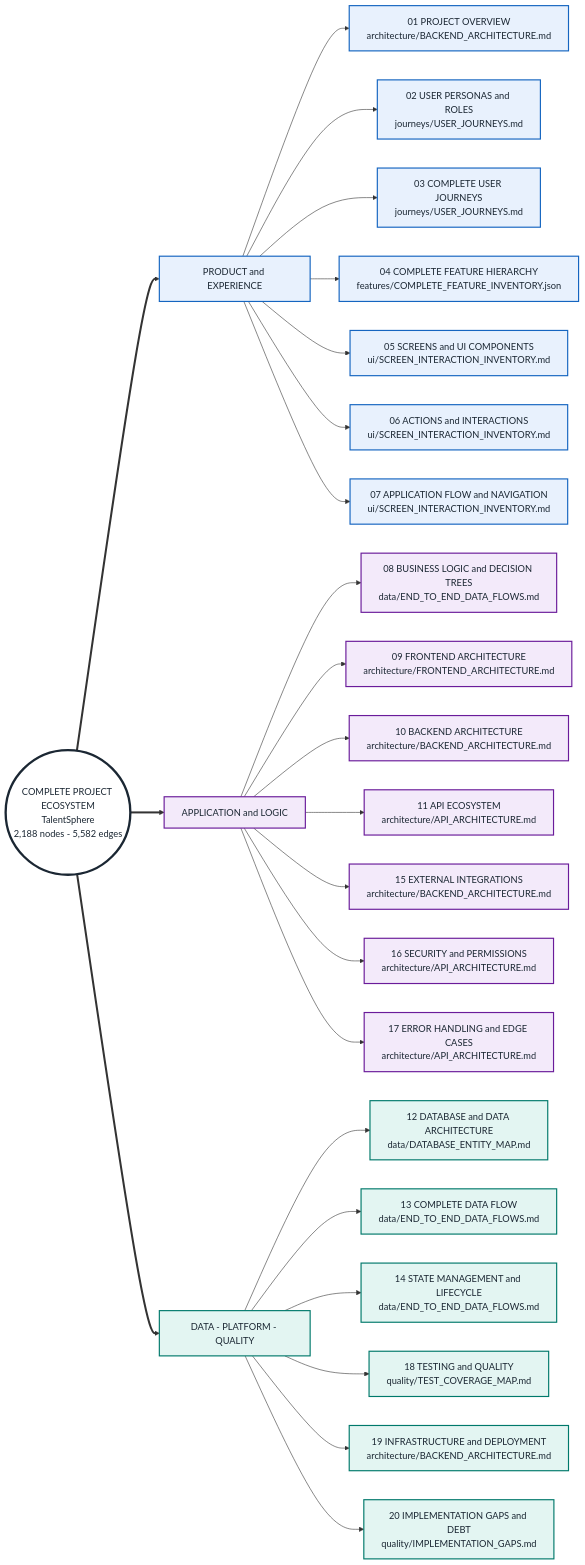
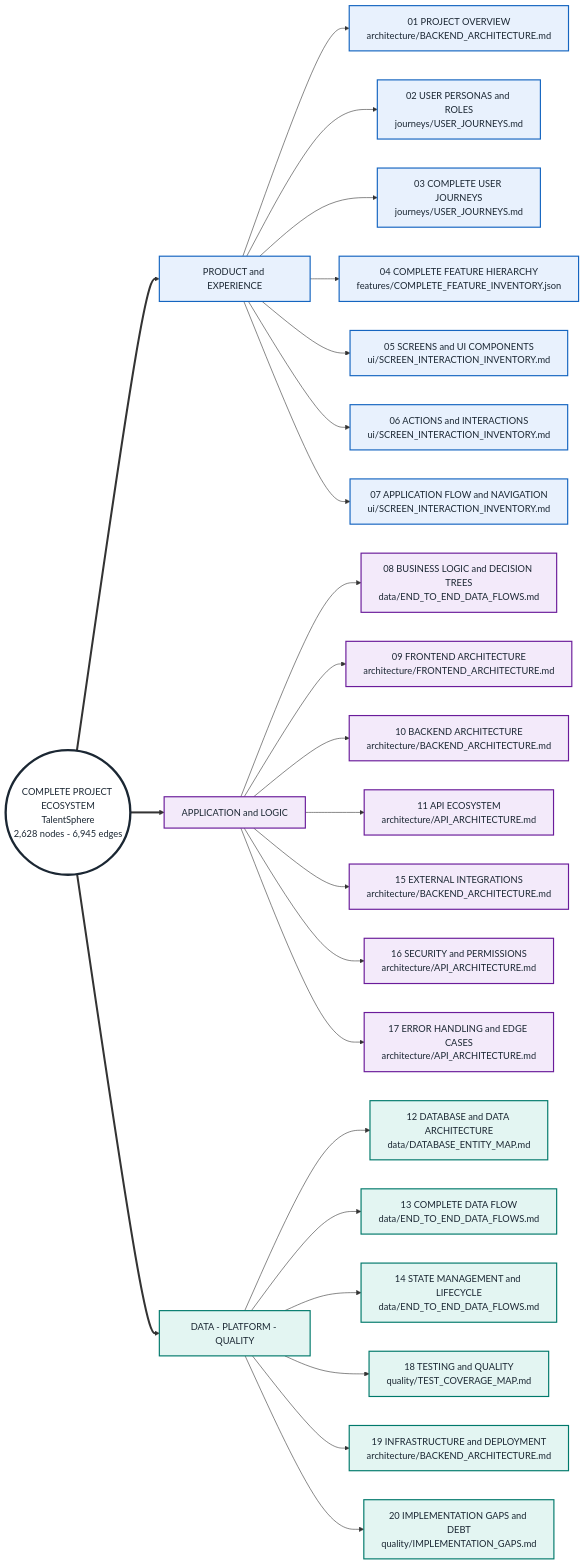
Before and after one commit to yhsomani/talentsphere-complete: the first of 22 diagrams in project-mindmap/master/MASTER_PROJECT_DIAGRAMS.md, drawn with Mermaid. The commit also changed other lines of this file and 29 other files, not shown here.

First line of the commit message:
docs: execution-backed project mind map, stable IDs and docs-vs-code reconciliation

````diff
--- a/project-mindmap/master/MASTER_PROJECT_DIAGRAMS.md
+++ b/project-mindmap/master/MASTER_PROJECT_DIAGRAMS.md
@@ -21,55 +21,55 @@
 ```mermaid
 flowchart LR
-  HUB(("COMPLETE PROJECT ECOSYSTEM<br/>TalentSphere<br/>2,188 nodes - 5,582 edges")):::hub
+  HUB(("COMPLETE PROJECT ECOSYSTEM<br/>TalentSphere<br/>2,628 nodes - 6,945 edges")):::hub
   ZA["PRODUCT and EXPERIENCE"]:::grpA
   HUB ==> ZA
   B01["01 PROJECT OVERVIEW<br/>architecture/BACKEND_ARCHITECTURE.md"]:::grpA
   ZA --> B01
   B02["02 USER PERSONAS and ROLES<br/>journeys/USER_JOURNEYS.md"]:::grpA
   ZA --> B02
   B03["03 COMPLETE USER JOURNEYS<br/>journeys/USER_JOURNEYS.md"]:::grpA
   ZA --> B03
   B04["04 COMPLETE FEATURE HIERARCHY<br/>features/COMPLETE_FEATURE_INVENTORY.json"]:::grpA
   ZA --> B04
   B05["05 SCREENS and UI COMPONENTS<br/>ui/SCREEN_INTERACTION_INVENTORY.md"]:::grpA
   ZA --> B05
   B06["06 ACTIONS and INTERACTIONS<br/>ui/SCREEN_INTERACTION_INVENTORY.md"]:::grpA
   ZA --> B06
   B07["07 APPLICATION FLOW and NAVIGATION<br/>ui/SCREEN_INTERACTION_INVENTORY.md"]:::grpA
   ZA --> B07
   ZB["APPLICATION and LOGIC"]:::grpB
   HUB ==> ZB
   B08["08 BUSINESS LOGIC and DECISION TREES<br/>data/END_TO_END_DATA_FLOWS.md"]:::grpB
   ZB --> B08
   B09["09 FRONTEND ARCHITECTURE<br/>architecture/FRONTEND_ARCHITECTURE.md"]:::grpB
   ZB --> B09
   B10["10 BACKEND ARCHITECTURE<br/>architecture/BACKEND_ARCHITECTURE.md"]:::grpB
   ZB --> B10
   B11["11 API ECOSYSTEM<br/>architecture/API_ARCHITECTURE.md"]:::grpB
   ZB --> B11
   B15["15 EXTERNAL INTEGRATIONS<br/>architecture/BACKEND_ARCHITECTURE.md"]:::grpB
   ZB --> B15
   B16["16 SECURITY and PERMISSIONS<br/>architecture/API_ARCHITECTURE.md"]:::grpB
   ZB --> B16
   B17["17 ERROR HANDLING and EDGE CASES<br/>architecture/API_ARCHITECTURE.md"]:::grpB
   ZB --> B17
   ZC["DATA - PLATFORM - QUALITY"]:::grpC
   HUB ==> ZC
   B12["12 DATABASE and DATA ARCHITECTURE<br/>data/DATABASE_ENTITY_MAP.md"]:::grpC
   ZC --> B12
   B13["13 COMPLETE DATA FLOW<br/>data/END_TO_END_DATA_FLOWS.md"]:::grpC
   ZC --> B13
   B14["14 STATE MANAGEMENT and LIFECYCLE<br/>data/END_TO_END_DATA_FLOWS.md"]:::grpC
   ZC --> B14
   B18["18 TESTING and QUALITY<br/>quality/TEST_COVERAGE_MAP.md"]:::grpC
   ZC --> B18
   B19["19 INFRASTRUCTURE and DEPLOYMENT<br/>architecture/BACKEND_ARCHITECTURE.md"]:::grpC
   ZC --> B19
   B20["20 IMPLEMENTATION GAPS and DEBT<br/>quality/IMPLEMENTATION_GAPS.md"]:::grpC
   ZC --> B20
   classDef grpA fill:#e8f1fd,stroke:#1565c0,color:#1b2733,stroke-width:2px;
   classDef grpB fill:#f3eafa,stroke:#6a1b9a,color:#1b2733,stroke-width:2px;
   classDef grpC fill:#e3f5f2,stroke:#00796b,color:#1b2733,stroke-width:2px;
   classDef hub fill:#ffffff,stroke:#1b2733,stroke-width:4px,color:#1b2733;
   classDef api fill:#fff3e0,stroke:#e65100,color:#1b2733;
 ```
````
